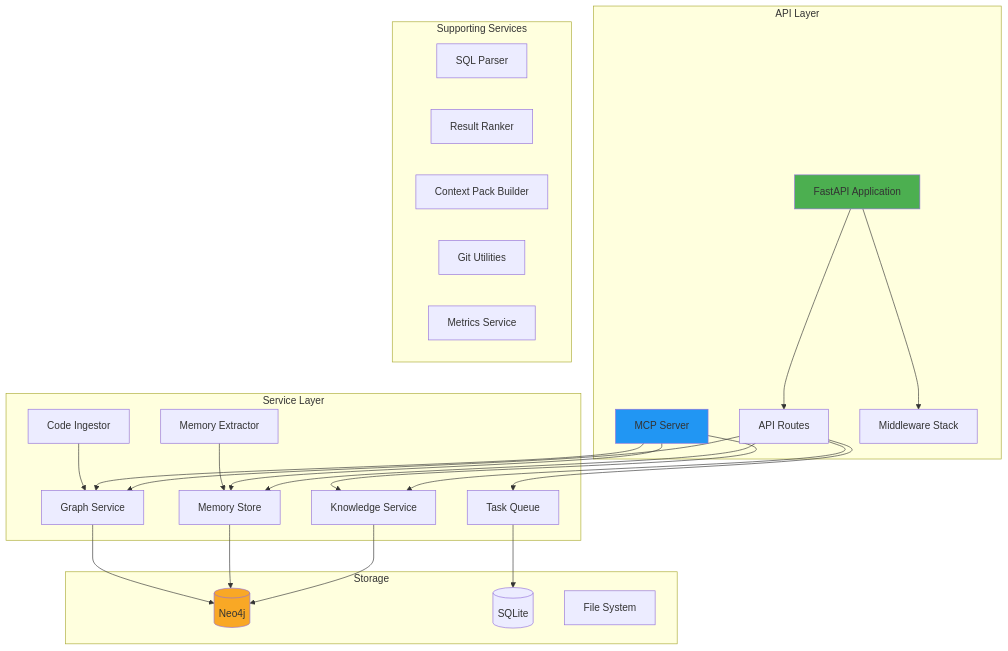
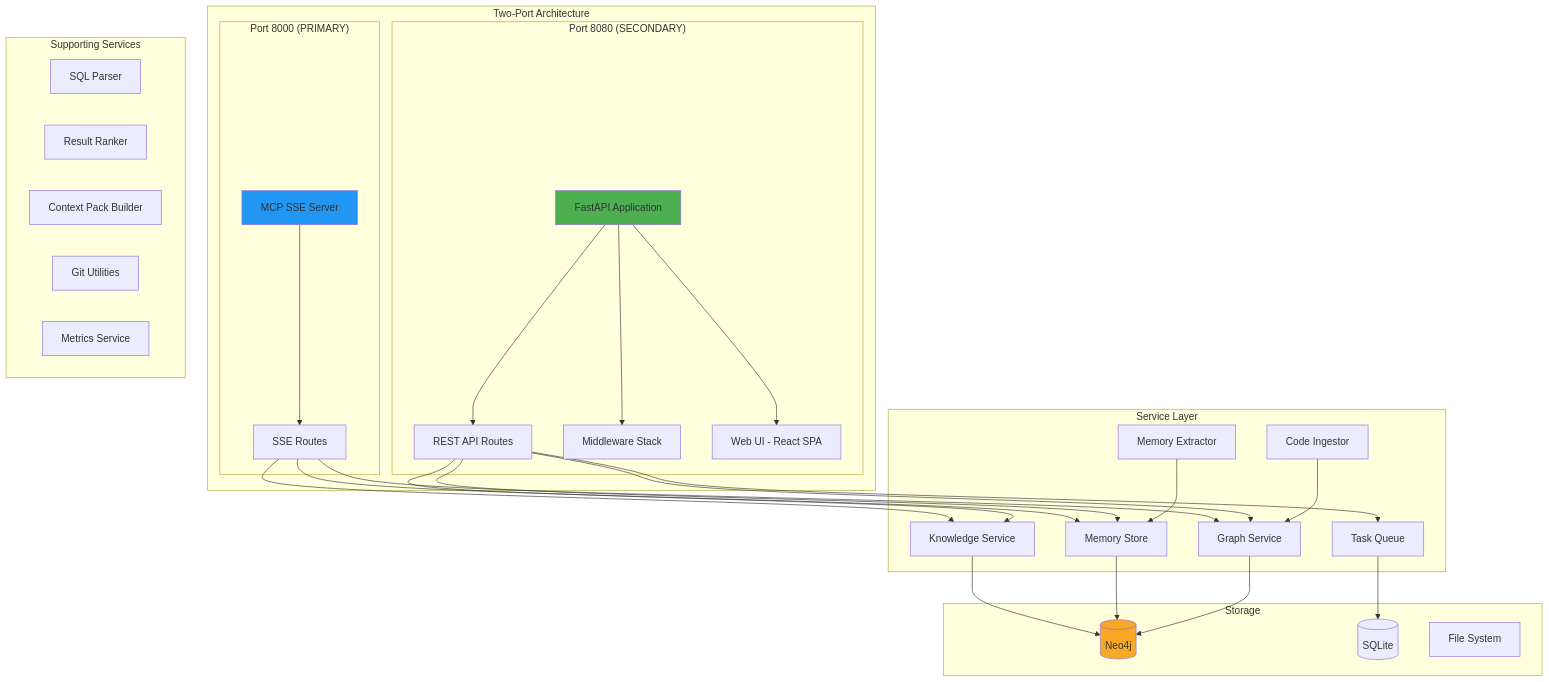
The first of 5 diagrams in docs/architecture/components.md (royisme/codebase-rag), drawn with Mermaid before and after one commit. The commit also changed other lines of this file and 8 other files, not shown here.

````diff
--- a/docs/architecture/components.md
+++ b/docs/architecture/components.md
@@ -17,54 +17,63 @@
 ```mermaid
 graph TB
-    subgraph "API Layer"
-        FastAPI[FastAPI Application]
-        MCP[MCP Server]
-        Routes[API Routes]
-        Middleware[Middleware Stack]
+    subgraph "Two-Port Architecture"
+        subgraph "Port 8000 (PRIMARY)"
+            MCP[MCP SSE Server]
+            MCPRoutes[SSE Routes]
+        end
+
+        subgraph "Port 8080 (SECONDARY)"
+            FastAPI[FastAPI Application]
+            Routes[REST API Routes]
+            Middleware[Middleware Stack]
+            WebUI[Web UI - React SPA]
+        end
     end
 
     subgraph "Service Layer"
         KnowServ[Knowledge Service]
         MemServ[Memory Store]
         GraphServ[Graph Service]
         TaskQ[Task Queue]
         CodeIng[Code Ingestor]
         MemExt[Memory Extractor]
     end
 
     subgraph "Supporting Services"
         SQLParse[SQL Parser]
         Ranker[Result Ranker]
         PackBuild[Context Pack Builder]
         GitUtil[Git Utilities]
         Metrics[Metrics Service]
     end
 
     subgraph "Storage"
         Neo4j[(Neo4j)]
         SQLite[(SQLite)]
         FileSystem[File System]
     end
 
+    MCP --> MCPRoutes
+    MCPRoutes --> KnowServ
+    MCPRoutes --> MemServ
+    MCPRoutes --> GraphServ
+
     FastAPI --> Routes
     FastAPI --> Middleware
+    FastAPI --> WebUI
     Routes --> KnowServ
     Routes --> MemServ
     Routes --> GraphServ
     Routes --> TaskQ
-
-    MCP --> KnowServ
-    MCP --> MemServ
-    MCP --> GraphServ
 
     KnowServ --> Neo4j
     MemServ --> Neo4j
     GraphServ --> Neo4j
     TaskQ --> SQLite
     CodeIng --> GraphServ
     MemExt --> MemServ
 
+    style MCP fill:#2196F3
     style FastAPI fill:#4CAF50
-    style MCP fill:#2196F3
     style Neo4j fill:#f9a825
 ```
````
